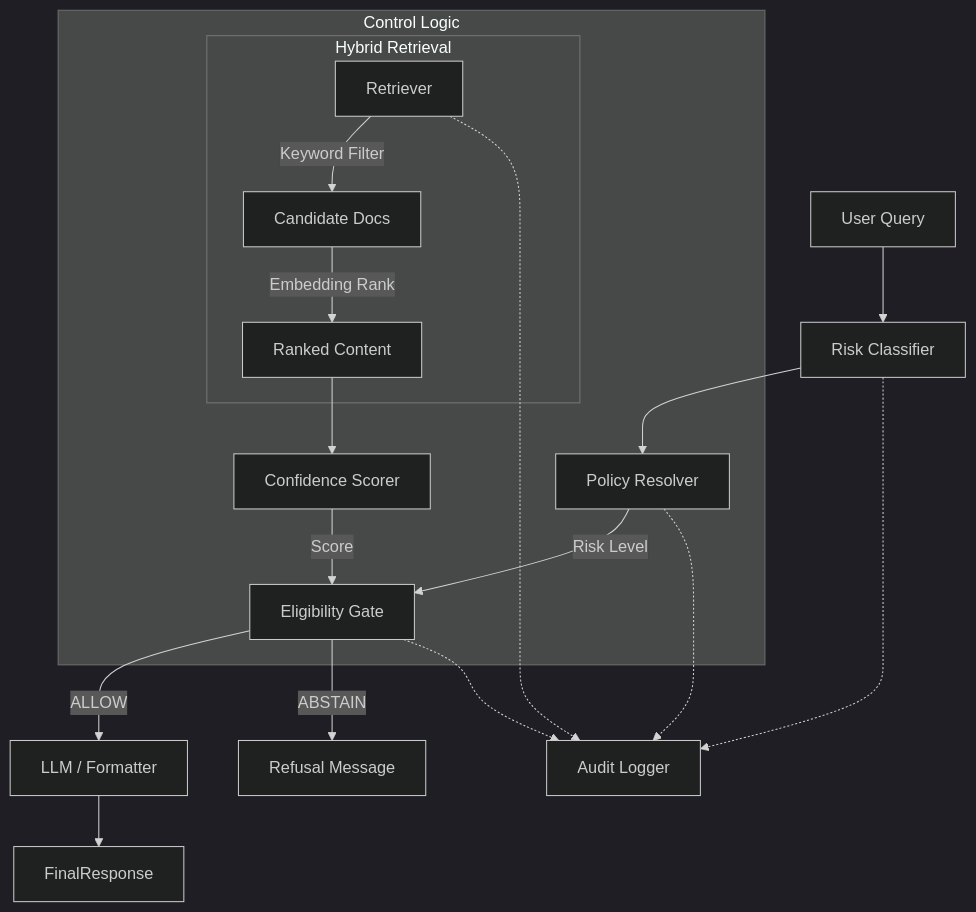
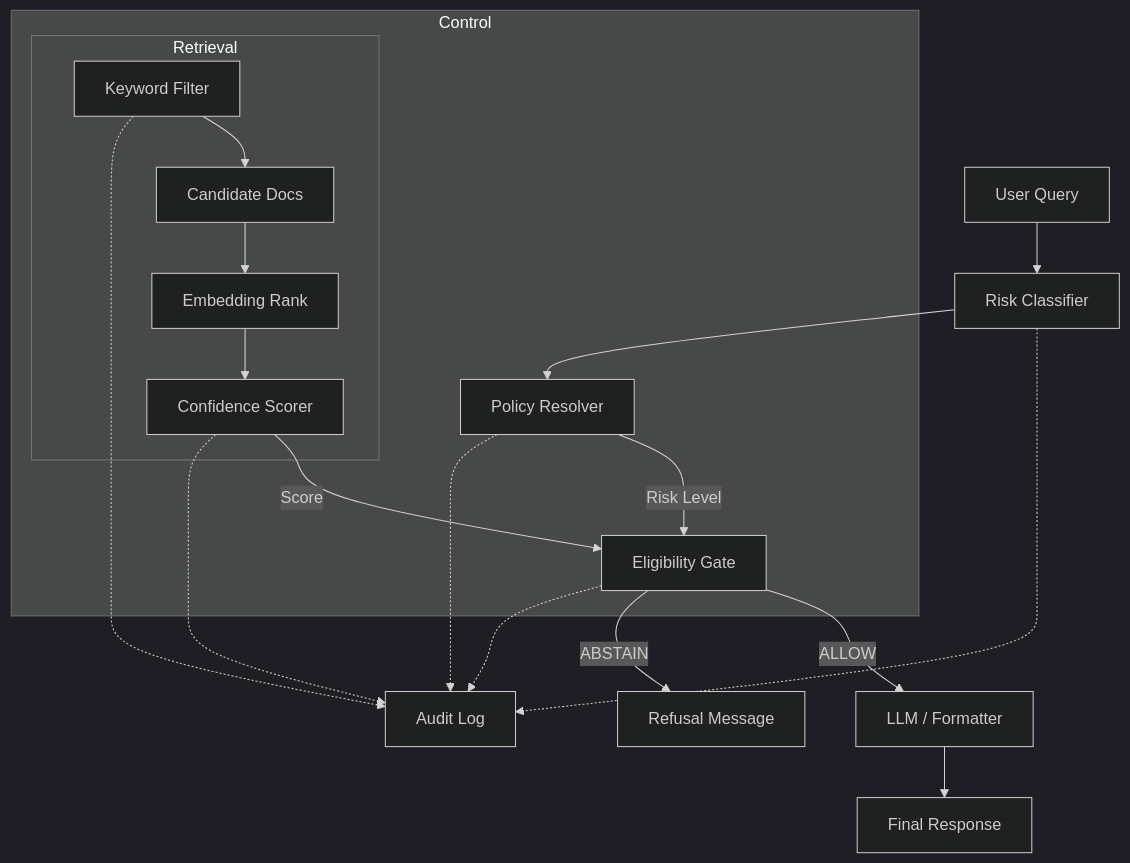
The diagram in README.md (STiFLeR7/llm-control-plane), drawn with Mermaid (dark theme) before and after one commit. The commit also changed other lines of this file, not shown here.

````diff
--- a/README.md
+++ b/README.md
@@ -26,27 +24,27 @@
 ```mermaid
 graph TD
-    UserQuery[User Query] --> RiskEngine[Risk Classifier]
-    RiskEngine --> PolicyResolver[Policy Resolver]
-    
-    subgraph "Control Logic"
-        PolicyResolver -->|Risk Level| EligibilityGate[Eligibility Gate]
-        
-        subgraph "Hybrid Retrieval"
-            Retrieval[Retriever] -->|Keyword Filter| Candidates[Candidate Docs]
-            Candidates -->|Embedding Rank| RankedDocs[Ranked Content]
-        end
-        
-        RankedDocs --> Confidence[Confidence Scorer]
-        Confidence -->|Score| EligibilityGate
+  Q[User Query] --> R[Risk Classifier]
+  R --> P[Policy Resolver]
+
+  subgraph Control
+    P -->|Risk Level| G[Eligibility Gate]
+
+    subgraph Retrieval
+      F[Keyword Filter] --> C[Candidate Docs]
+      C --> E[Embedding Rank]
+      E --> S[Confidence Scorer]
     end
 
-    EligibilityGate -->|ALLOW| Generator[LLM / Formatter]
-    EligibilityGate -->|ABSTAIN| RefusalResponse[Refusal Message]
-    
-    Generator --> FinalResponse
-    
-    RiskEngine -.-> AuditLog[Audit Logger]
-    PolicyResolver -.-> AuditLog
-    Retrieval -.-> AuditLog
-    EligibilityGate -.-> AuditLog
+    S -->|Score| G
+  end
+
+  G -->|ALLOW| L[LLM / Formatter]
+  G -->|ABSTAIN| X[Refusal Message]
+  L --> A[Final Response]
+
+  R -.-> Audit[Audit Log]
+  P -.-> Audit
+  F -.-> Audit
+  S -.-> Audit
+  G -.-> Audit
 ```
````
